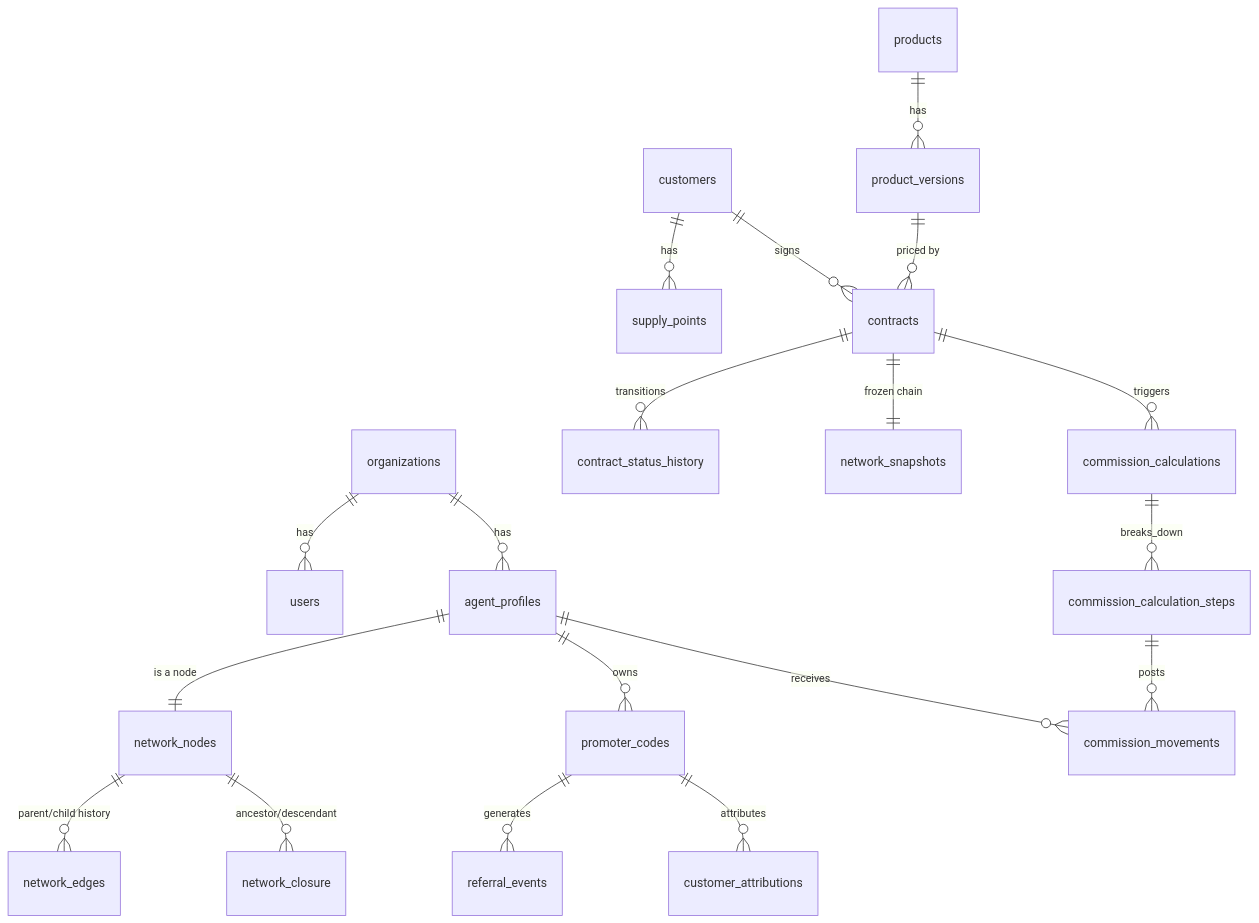
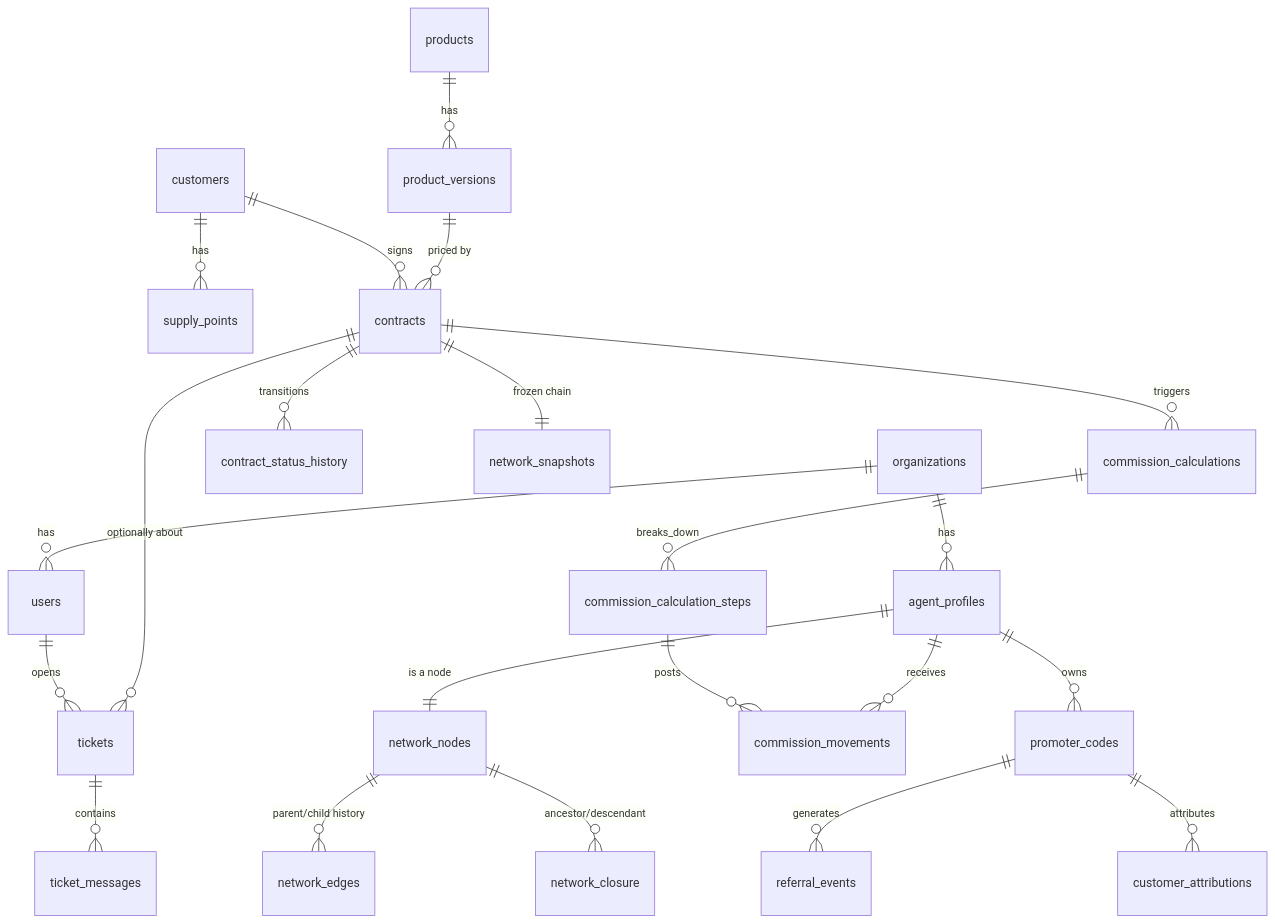
The diagram in docs/database-model.md (raphaelcodeart/energy-webapp), drawn with Mermaid before and after one commit. The commit also changed other lines of this file and 48 other files, not shown here.

````diff
--- a/docs/database-model.md
+++ b/docs/database-model.md
@@ -232,21 +282,24 @@
 ```mermaid
 erDiagram
   organizations ||--o{ users : has
   organizations ||--o{ agent_profiles : has
   agent_profiles ||--|| network_nodes : "is a node"
   network_nodes ||--o{ network_edges : "parent/child history"
   network_nodes ||--o{ network_closure : "ancestor/descendant"
   agent_profiles ||--o{ promoter_codes : owns
   promoter_codes ||--o{ referral_events : generates
   promoter_codes ||--o{ customer_attributions : attributes
   customers ||--o{ supply_points : has
   customers ||--o{ contracts : signs
   products ||--o{ product_versions : has
   product_versions ||--o{ contracts : "priced by"
   contracts ||--o{ contract_status_history : transitions
   contracts ||--|| network_snapshots : "frozen chain"
   contracts ||--o{ commission_calculations : triggers
   commission_calculations ||--o{ commission_calculation_steps : breaks_down
   commission_calculation_steps ||--o{ commission_movements : posts
   agent_profiles ||--o{ commission_movements : receives
+  users ||--o{ tickets : opens
+  tickets ||--o{ ticket_messages : contains
+  contracts ||--o{ tickets : "optionally about"
 ```
````
